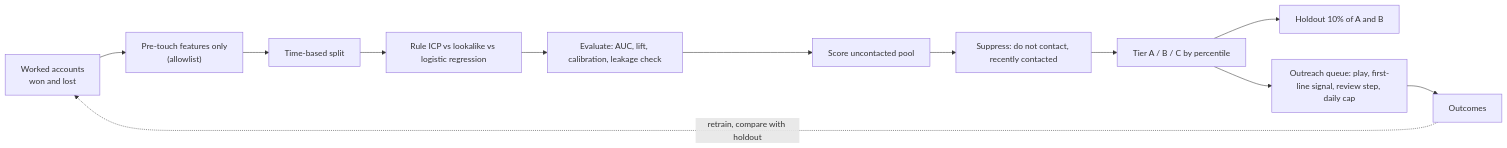
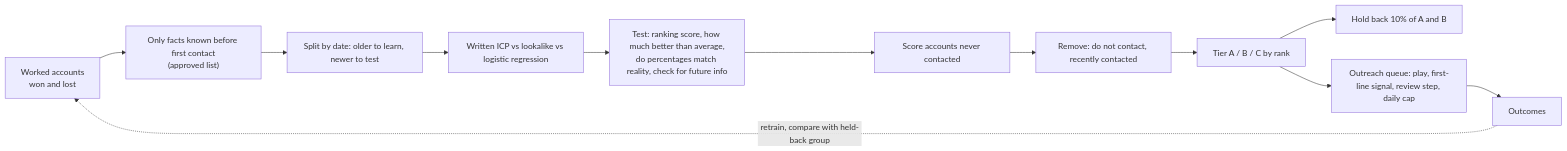
One commit to Tamisreal/gtm-systems-engineering changed the diagram in projects/lookalike-model/README.md. Above: the diagram before and after it, drawn with Mermaid. The commit also changed other lines of this file and 43 other files, not shown here.

````diff
--- a/projects/lookalike-model/README.md
+++ b/projects/lookalike-model/README.md
@@ -7,13 +7,13 @@
 ```mermaid
 flowchart LR
-    W["Worked accounts<br/>won and lost"] --> F["Pre-touch features only<br/>(allowlist)"]
-    F --> S["Time-based split"]
-    S --> M["Rule ICP vs lookalike vs logistic regression"]
-    M --> E["Evaluate: AUC, lift, calibration, leakage check"]
-    E --> P["Score uncontacted pool"]
-    P --> X["Suppress: do not contact, recently contacted"]
-    X --> T["Tier A / B / C by percentile"]
-    T --> H["Holdout 10% of A and B"]
+    W["Worked accounts<br/>won and lost"] --> F["Only facts known before first contact<br/>(approved list)"]
+    F --> S["Split by date: older to learn, newer to test"]
+    S --> M["Written ICP vs lookalike vs logistic regression"]
+    M --> E["Test: ranking score, how much better than average,<br/>do percentages match reality, check for future info"]
+    E --> P["Score accounts never contacted"]
+    P --> X["Remove: do not contact, recently contacted"]
+    X --> T["Tier A / B / C by rank"]
+    T --> H["Hold back 10% of A and B"]
     T --> Q["Outreach queue: play, first-line signal, review step, daily cap"]
-    Q --> O["Outcomes"] -. "retrain, compare with holdout" .-> W
+    Q --> O["Outcomes"] -. "retrain, compare with held-back group" .-> W
 ```
````
